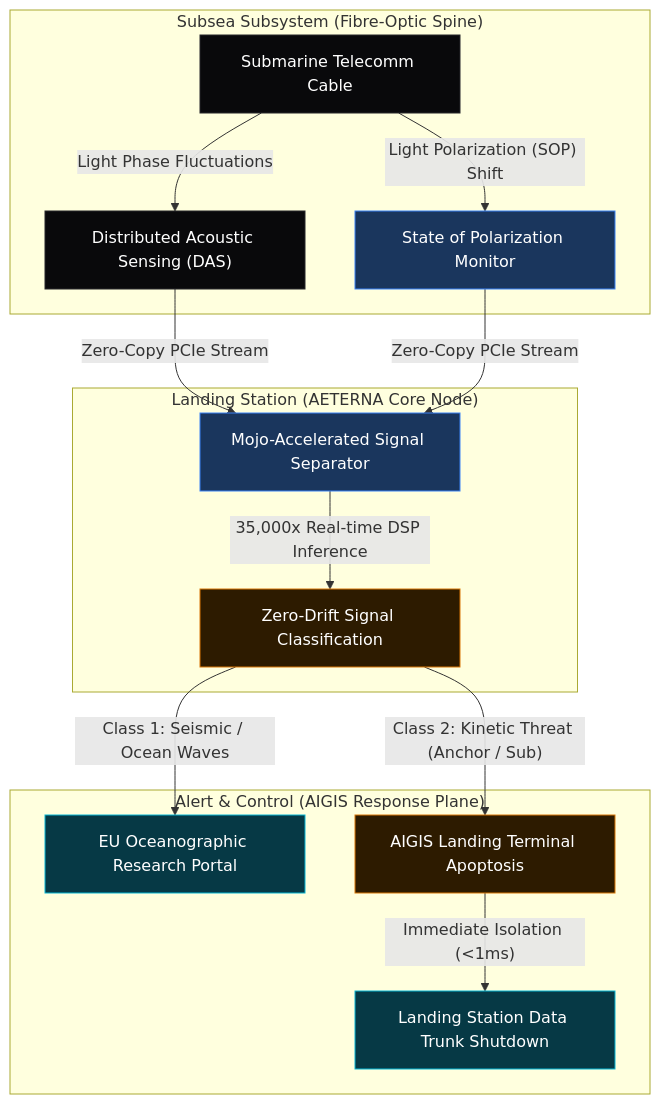
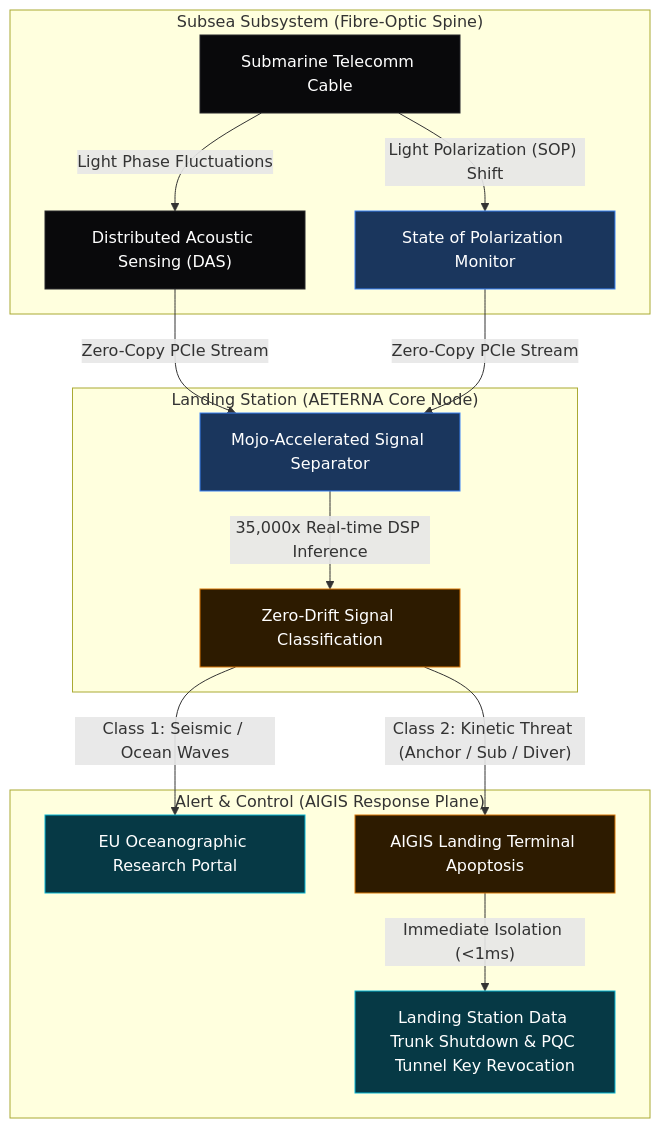
One commit to papica777-eng/AETERNA-QSTN changed the second of 2 diagrams in README.md. Above: the diagram before and after it, drawn with Mermaid. The commit also changed other lines of this file, not shown here.

````diff
--- a/README.md
+++ b/README.md
@@ -129,31 +129,31 @@
 ```mermaid
 graph TD
     %% Subsea Ingress
     subgraph Subsea["Subsea Subsystem (Fibre-Optic Spine)"]
         A["Submarine Telecomm Cable"] -->|"Light Phase Fluctuations"| B["Distributed Acoustic Sensing (DAS)"]
         A -->|"Light Polarization (SOP) Shift"| C["State of Polarization Monitor"]
     end
 
     %% Edge Ingress & DSP
     subgraph Landing["Landing Station (AETERNA Core Node)"]
         B & C -->|"Zero-Copy PCIe Stream"| D["Mojo-Accelerated Signal Separator"]
         D -->|"35,000x Real-time DSP Inference"| E["Zero-Drift Signal Classification"]
     end
 
     %% Defense Reflex
     subgraph Alert["Alert & Control (AIGIS Response Plane)"]
         E -->|"Class 1: Seismic / Ocean Waves"| F["EU Oceanographic Research Portal"]
-        E -->|"Class 2: Kinetic Threat (Anchor / Sub)"| G["AIGIS Landing Terminal Apoptosis"]
-        G -->|"Immediate Isolation (<1ms)"| H["Landing Station Data Trunk Shutdown"]
+        E -->|"Class 2: Kinetic Threat (Anchor / Sub / Diver)"| G["AIGIS Landing Terminal Apoptosis"]
+        G -->|"Immediate Isolation (<1ms)"| H["Landing Station Data Trunk Shutdown & PQC Tunnel Key Revocation"]
     end
 
     %% Styling
     classDef default fill:#09090b,stroke:#27272a,color:#fff;
     classDef highlight fill:#1a365d,stroke:#3b82f6,color:#fff;
     classDef defense fill:#2d1b00,stroke:#d97706,color:#fff;
     classDef research fill:#063945,stroke:#06b6d4,color:#fff;
     
     class C,D highlight;
     class E,G defense;
     class F,H research;
 ```
````
